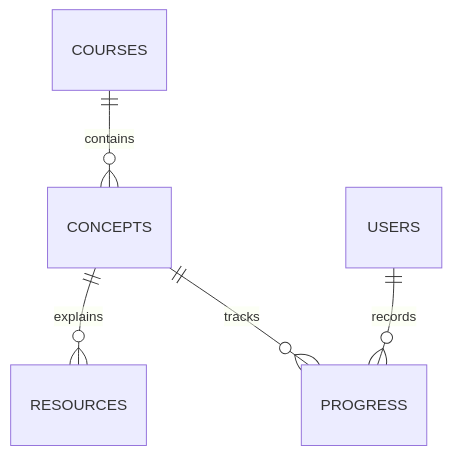
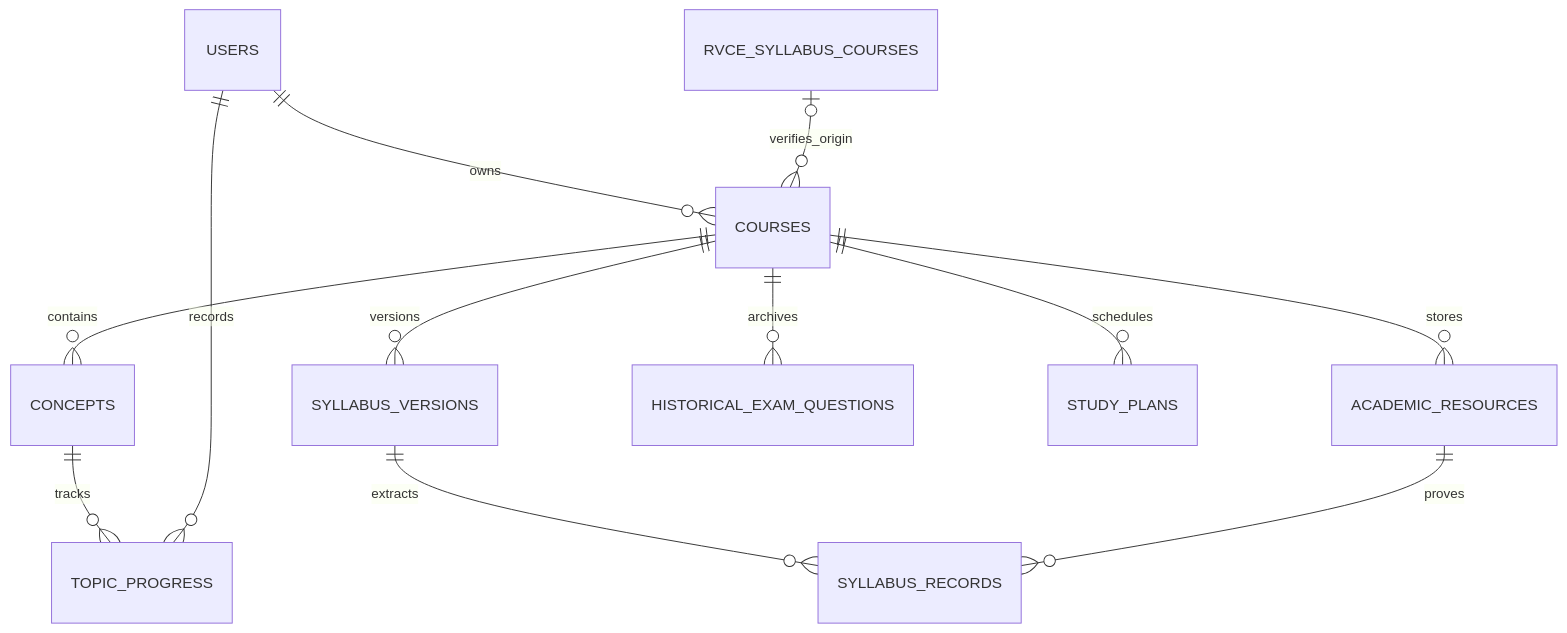
One commit to Rafi-Sojan/Personalized-Learning-Pathway-Generation-and-Academic-Resource-Management-Platform changed the diagram in database/diagrams/er-diagram.md. Above: the diagram before and after it, drawn with Mermaid. The commit also changed other lines of this file and 38 other files, not shown here.

````diff
--- a/database/diagrams/er-diagram.md
+++ b/database/diagrams/er-diagram.md
@@ -10,7 +10,14 @@
 ```mermaid
 erDiagram
+  USERS ||--o{ COURSES : owns
+  RVCE_SYLLABUS_COURSES o|--o{ COURSES : verifies_origin
   COURSES ||--o{ CONCEPTS : contains
-  CONCEPTS ||--o{ RESOURCES : explains
-  USERS ||--o{ PROGRESS : records
-  CONCEPTS ||--o{ PROGRESS : tracks
+  COURSES ||--o{ ACADEMIC_RESOURCES : stores
+  COURSES ||--o{ SYLLABUS_VERSIONS : versions
+  SYLLABUS_VERSIONS ||--o{ SYLLABUS_RECORDS : extracts
+  ACADEMIC_RESOURCES ||--o{ SYLLABUS_RECORDS : proves
+  CONCEPTS ||--o{ TOPIC_PROGRESS : tracks
+  USERS ||--o{ TOPIC_PROGRESS : records
+  COURSES ||--o{ HISTORICAL_EXAM_QUESTIONS : archives
+  COURSES ||--o{ STUDY_PLANS : schedules
 ```
````
